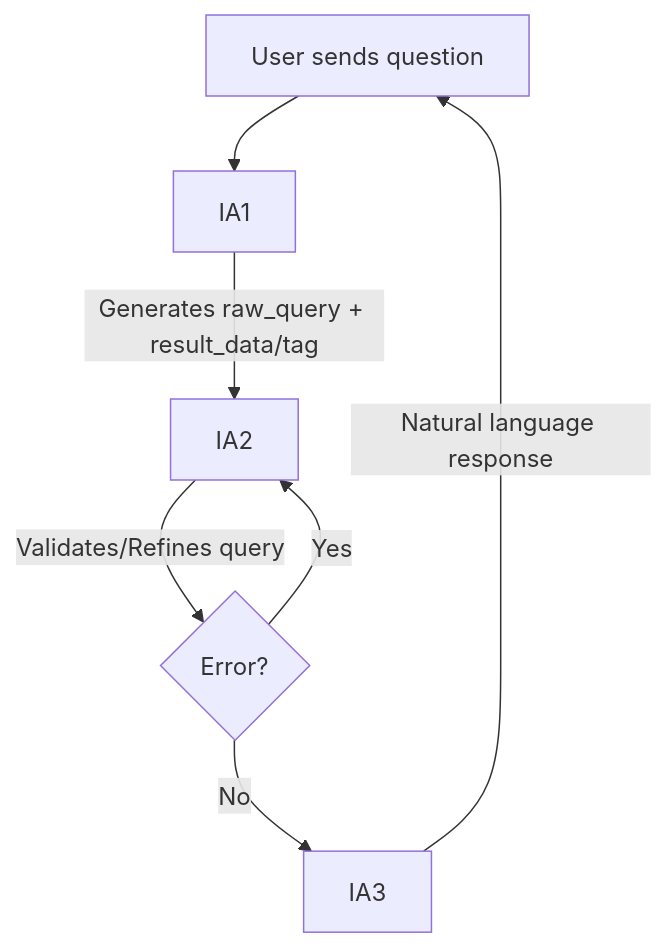
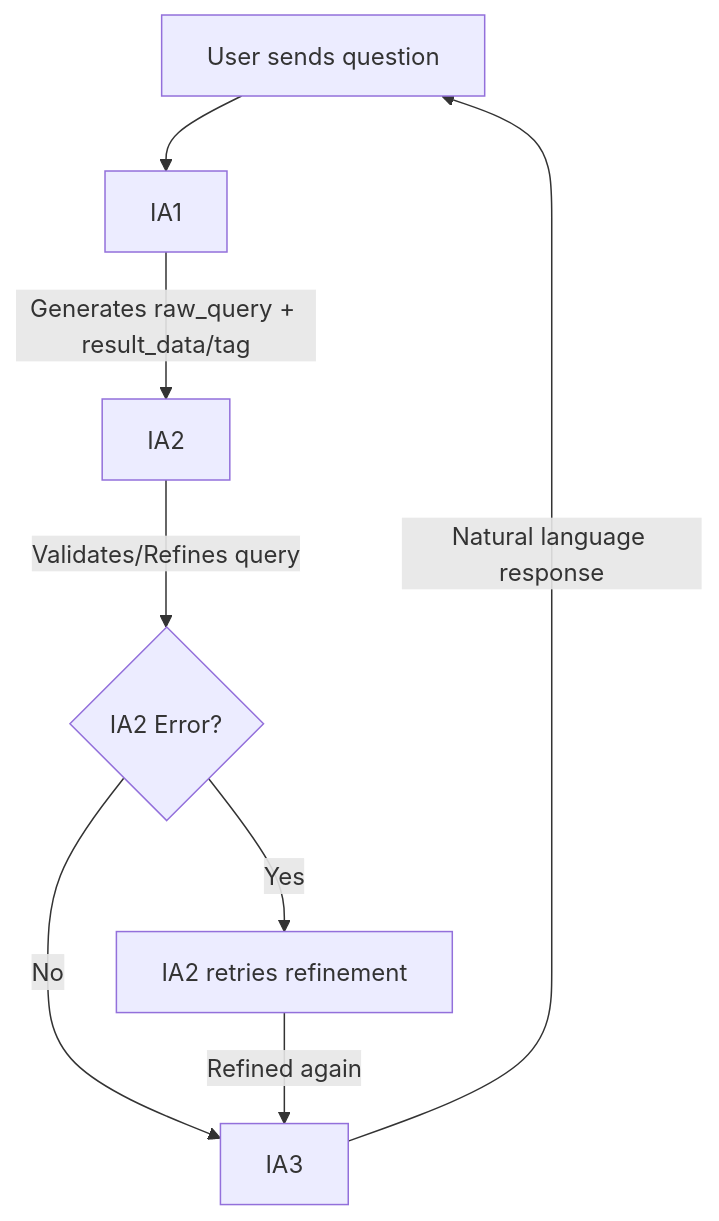
One commit to raphael-santosz/LangQueryGen changed the first of 4 diagrams in README.md. Above: the diagram before and after it, drawn with Mermaid.

````diff
--- a/README.md
+++ b/README.md
@@ -95,9 +95,10 @@
 ```mermaid
 flowchart TD
     U[User sends question] --> IA1
     IA1 -->|Generates raw_query + result_data/tag| IA2
-    IA2 -->|Validates/Refines query| IA2fallback{Error?}
-    IA2fallback -->|Yes| IA2  
-    IA2fallback -->|No| IA3
+    IA2 -->|Validates/Refines query| Check{IA2 Error?}
+    Check -->|Yes| IA2Retry[IA2 retries refinement]
+    Check -->|No| IA3
+    IA2Retry -->|Refined again| IA3
     IA3 -->|Natural language response| U
 ```
````
